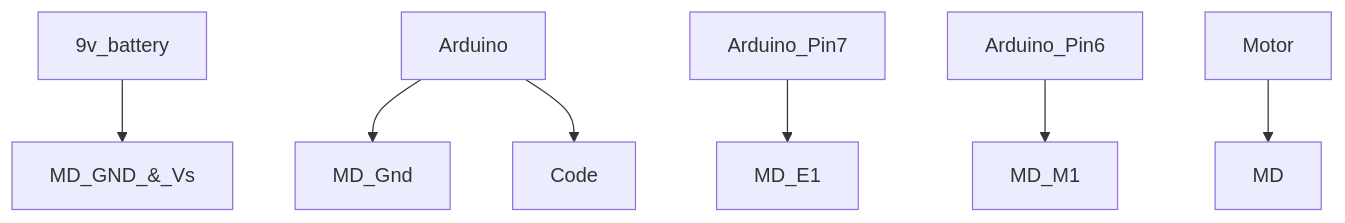
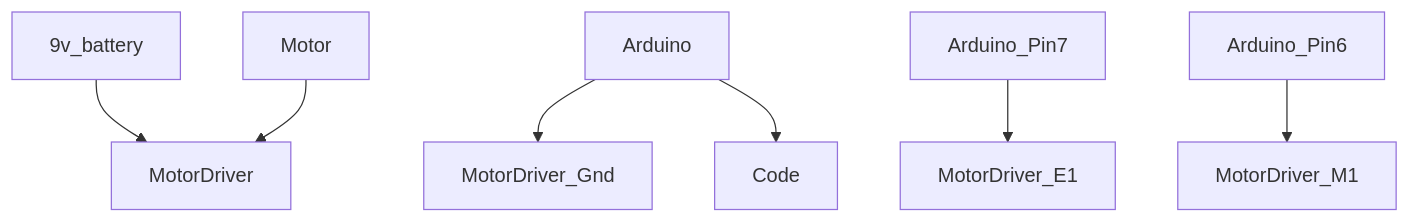
Before and after one commit to carteras/IT-CBR: the diagram in cookbook/arduino/motorControllers/recipe2_working/readme.md, drawn with Mermaid.

````diff
--- a/cookbook/arduino/motorControllers/recipe2_working/readme.md
+++ b/cookbook/arduino/motorControllers/recipe2_working/readme.md
@@ -5,9 +5,9 @@
 ```mermaid
   graph TD;
-      9v_battery-->MD_GND_&_Vs;
-      Arduino-->MD_Gnd;
-      Arduino_Pin7-->MD_E1;
-      Arduino_Pin6-->MD_M1;
-      Motor --> MD;
+      9v_battery-->MotorDriver;
+      Arduino-->MotorDriver_Gnd;
+      Arduino_Pin7-->MotorDriver_E1;
+      Arduino_Pin6-->MotorDriver_M1;
+      Motor --> MotorDriver;
       Arduino --> Code;
 ```
````
